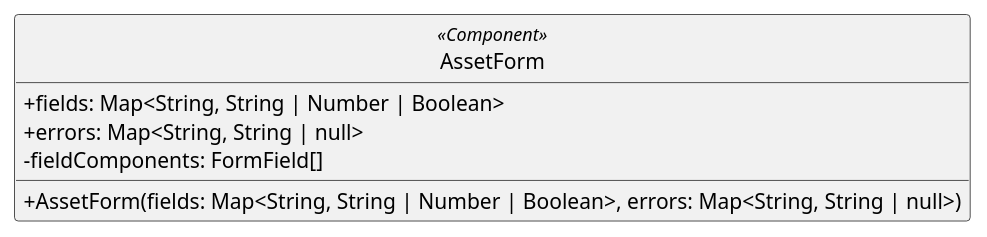
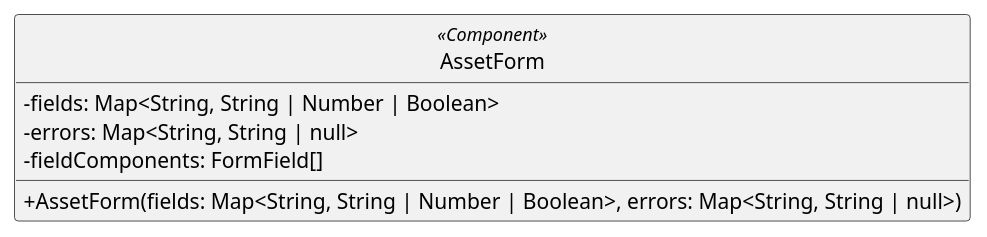
The diagram in src/PB/DocumentazioneEsterna/Specifica_Tecnica/content/05-diagrammi-classi/uml/puml/Frontend/componenti_base/AssetForm.puml (GroupRubberDuck/Documentazione), drawn with PlantUML before and after one commit. The commit also changed 45 other files, not shown here.

```diff
--- a/src/PB/DocumentazioneEsterna/Specifica_Tecnica/content/05-diagrammi-classi/uml/puml/Frontend/componenti_base/AssetForm.puml
+++ b/src/PB/DocumentazioneEsterna/Specifica_Tecnica/content/05-diagrammi-classi/uml/puml/Frontend/componenti_base/AssetForm.puml
@@ -1,16 +1,16 @@
 @startuml
 skinparam linetype ortho
 skinparam nodesep 80
 skinparam ranksep 100
 skinparam classAttributeIconSize 0
 skinparam packageStyle rectangle
 skinparam style strictuml
 
 class AssetForm <<Component>> {
-  + fields: Map<String, String | Number | Boolean>
-  + errors: Map<String, String | null>
+  - fields: Map<String, String | Number | Boolean>
+  - errors: Map<String, String | null>
   - fieldComponents: FormField[]
   
   + AssetForm(fields: Map<String, String | Number | Boolean>, errors: Map<String, String | null>)
 }
 @enduml
```
